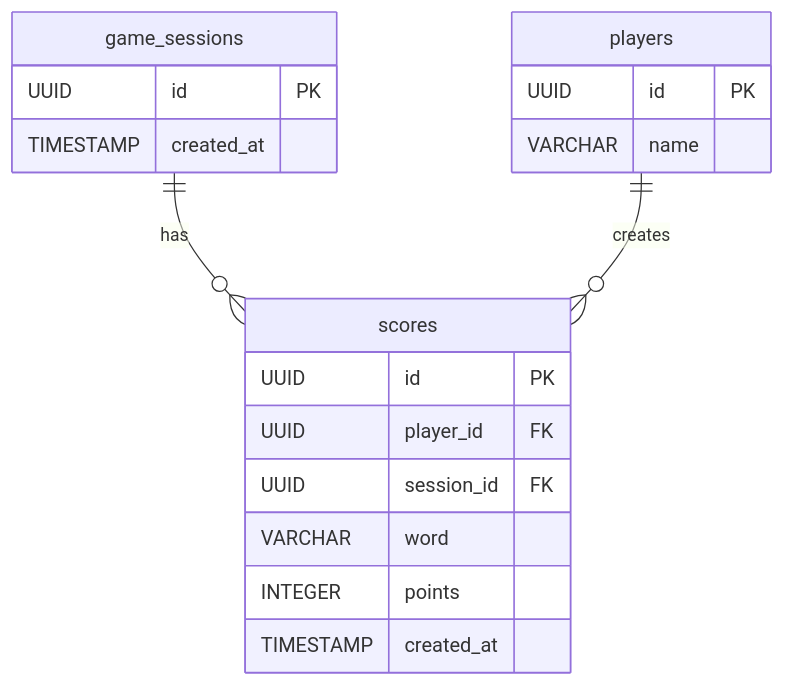
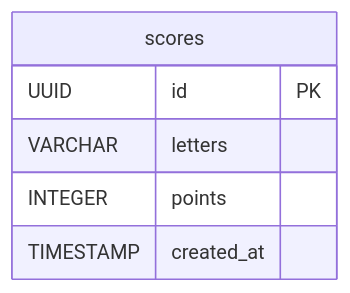
Before and after one commit to alang-dev/scrabble-points-calculator: the diagram in docs/architecture/c3-database-schema.md, drawn with Mermaid. The commit also changed other lines of this file and 5 other files, not shown here.

Commit message:
docs: update architecture and requirement documents

````diff
--- a/docs/architecture/c3-database-schema.md
+++ b/docs/architecture/c3-database-schema.md
@@ -7,24 +7,9 @@
 ```mermaid
 erDiagram
-    game_sessions {
-        UUID id PK
-        TIMESTAMP created_at
-    }
-    
-    players {
-        UUID id PK
-        VARCHAR name
-    }
-    
     scores {
         UUID id PK
-        UUID player_id FK
-        UUID session_id FK
-        VARCHAR word
+        VARCHAR letters
         INTEGER points
         TIMESTAMP created_at
     }
-    
-    game_sessions ||--o{ scores : "has"
-    players ||--o{ scores : "creates"
 ```
````
